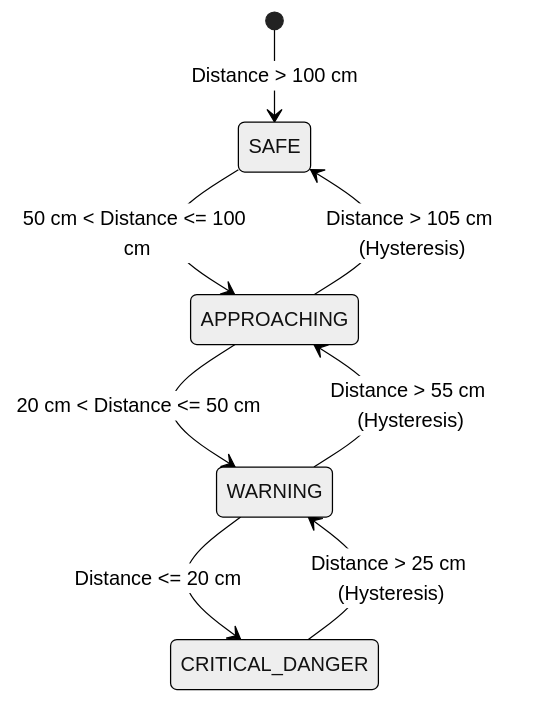
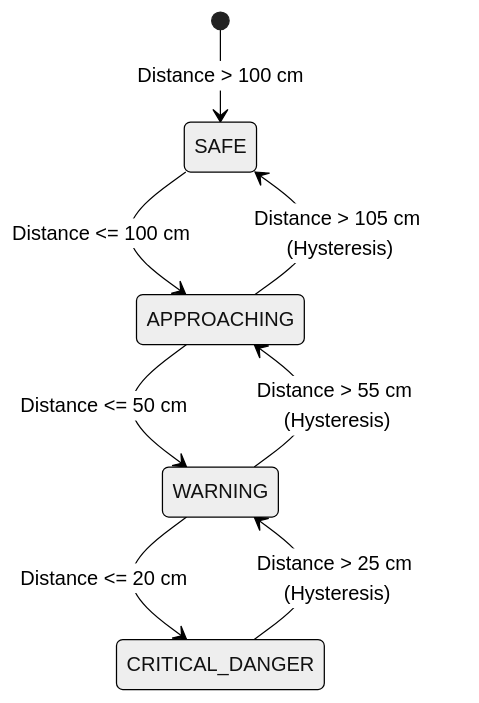
The first of 2 diagrams in .agents/skills/lvgl_v9_warning_display/SKILL.md (YdtTran/supersonic-warning-system), drawn with Mermaid (neutral theme) before and after one commit. The commit also changed other lines of this file and 3 other files, not shown here.

Commit message:
feat(skill): update lvgl_v9_warning_display skill and reference architecture docs

````diff
--- a/.agents/skills/lvgl_v9_warning_display/SKILL.md
+++ b/.agents/skills/lvgl_v9_warning_display/SKILL.md
@@ -34,11 +32,11 @@
 ```mermaid
 stateDiagram-v2
     [*] --> SAFE: Distance > 100 cm
-    SAFE --> APPROACHING: 50 cm < Distance <= 100 cm
-    APPROACHING --> WARNING: 20 cm < Distance <= 50 cm
+    SAFE --> APPROACHING: Distance <= 100 cm
+    APPROACHING --> WARNING: Distance <= 50 cm
     WARNING --> CRITICAL_DANGER: Distance <= 20 cm
     
     CRITICAL_DANGER --> WARNING: Distance > 25 cm (Hysteresis)
     WARNING --> APPROACHING: Distance > 55 cm (Hysteresis)
     APPROACHING --> SAFE: Distance > 105 cm (Hysteresis)
 ```
````
